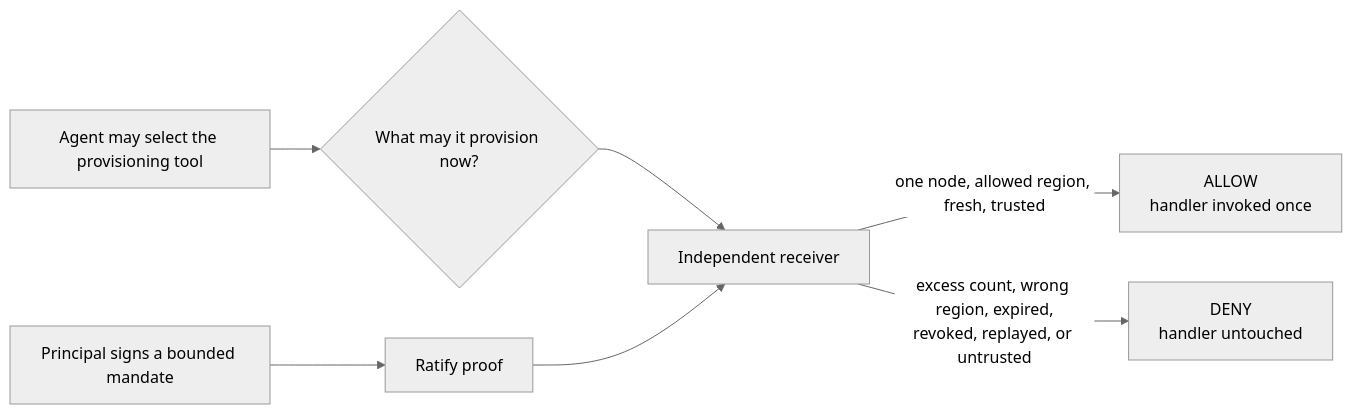
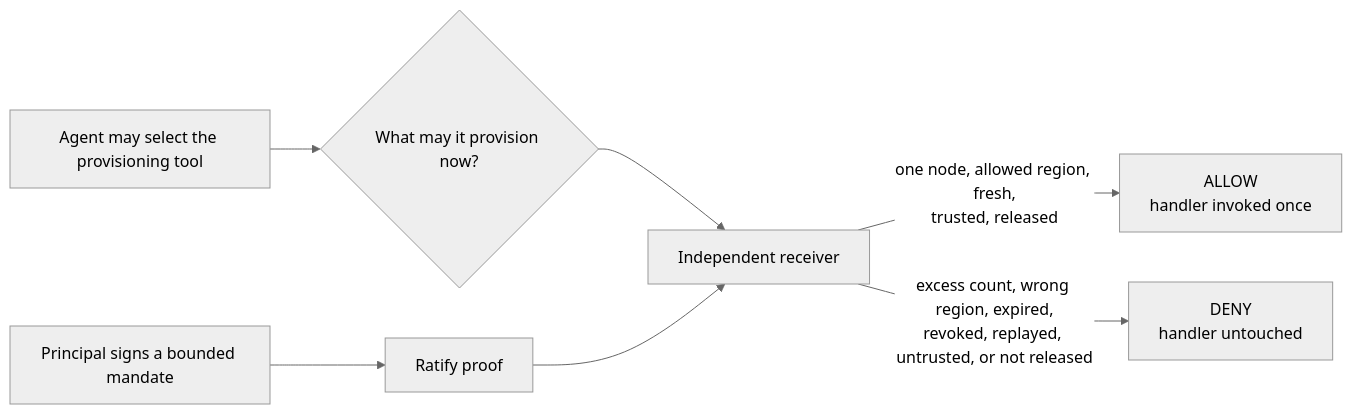
Before and after one commit to identities-ai/ratify-protocol: the first of 2 diagrams in references/langchain/README.md, drawn with Mermaid (neutral theme). The commit also changed other lines of this file and 876 other files, not shown here.

````diff
--- a/references/langchain/README.md
+++ b/references/langchain/README.md
@@ -33,9 +44,9 @@
 ```mermaid
 flowchart LR
     A[Agent may select the provisioning tool] --> B{What may it provision now?}
     C[Principal signs a bounded mandate] --> D[Ratify proof]
     B --> E[Independent receiver]
     D --> E
-    E -->|"one node, allowed region, fresh, trusted"| F["ALLOW<br/>handler invoked once"]
-    E -->|"excess count, wrong region, expired,<br/>revoked, replayed, or untrusted"| G["DENY<br/>handler untouched"]
+    E -->|"one node, allowed region, fresh,<br/>trusted, released"| F["ALLOW<br/>handler invoked once"]
+    E -->|"excess count, wrong region, expired,<br/>revoked, replayed, untrusted, or not released"| G["DENY<br/>handler untouched"]
 ```
````
